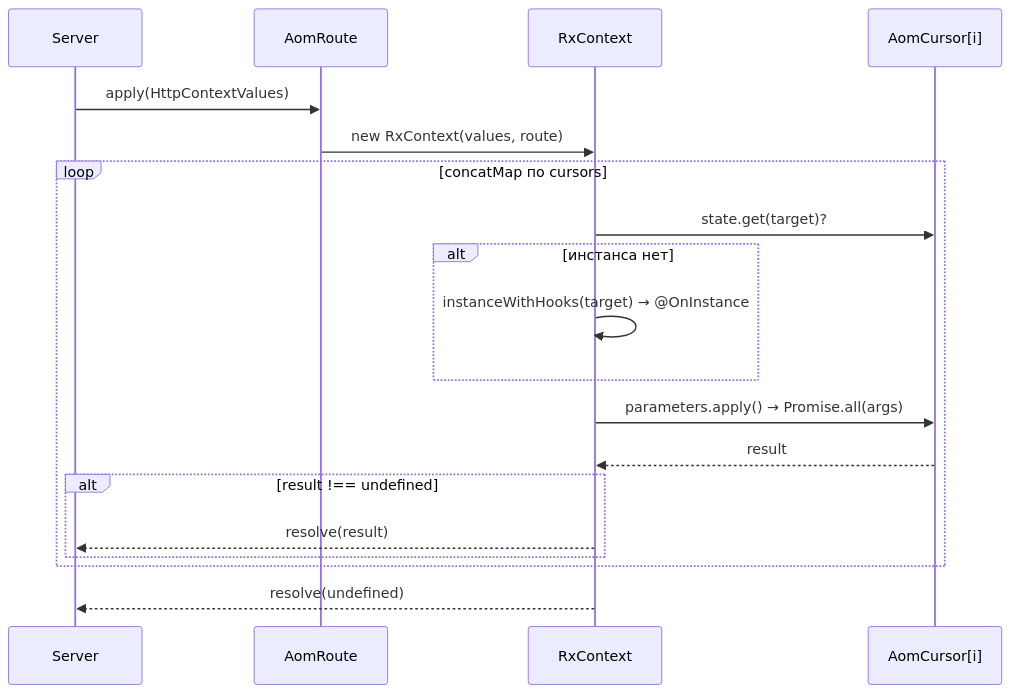
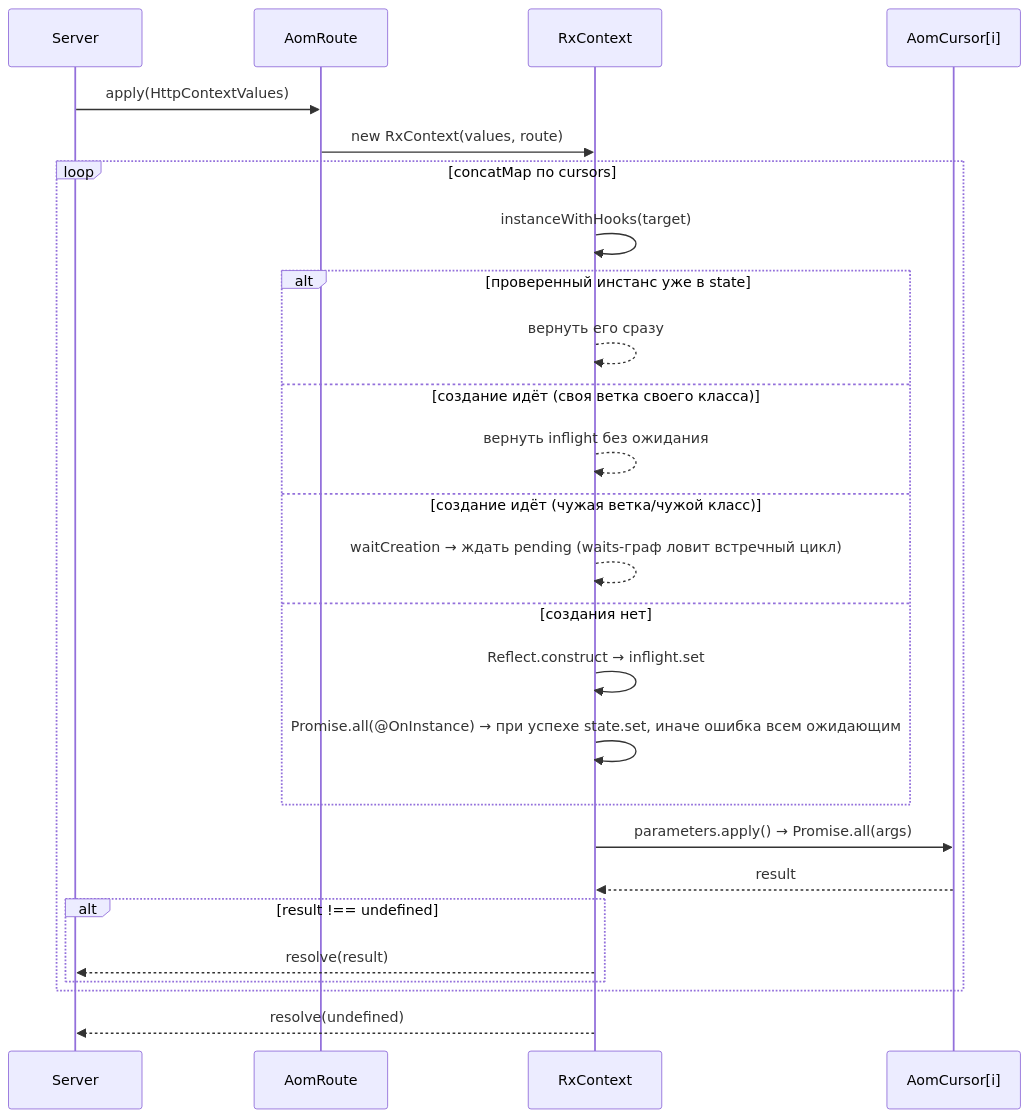
One commit to aom-js/main changed the third of 3 diagrams in docs/architecture.md. Above: the diagram before and after it, drawn with Mermaid. The commit also changed other lines of this file and 10 other files, not shown here.

````diff
--- a/docs/architecture.md
+++ b/docs/architecture.md
@@ -193,21 +191,28 @@
 ```mermaid
 sequenceDiagram
   participant S as Server
   participant R as AomRoute
   participant X as RxContext
   participant C as AomCursor[i]
   S->>R: apply(HttpContextValues)
   R->>X: new RxContext(values, route)
   loop concatMap по cursors
-    X->>C: state.get(target)?
-    alt инстанса нет
-      X->>X: instanceWithHooks(target) → @OnInstance
+    X->>X: instanceWithHooks(target)
+    alt проверенный инстанс уже в state
+      X-->>X: вернуть его сразу
+    else создание идёт (своя ветка своего класса)
+      X-->>X: вернуть inflight без ожидания
+    else создание идёт (чужая ветка/чужой класс)
+      X-->>X: waitCreation → ждать pending (waits-граф ловит встречный цикл)
+    else создания нет
+      X->>X: Reflect.construct → inflight.set
+      X->>X: Promise.all(@OnInstance) → при успехе state.set, иначе ошибка всем ожидающим
     end
     X->>C: parameters.apply() → Promise.all(args)
     C-->>X: result
     alt result !== undefined
       X-->>S: resolve(result)
     end
   end
   X-->>S: resolve(undefined)
 ```
````
